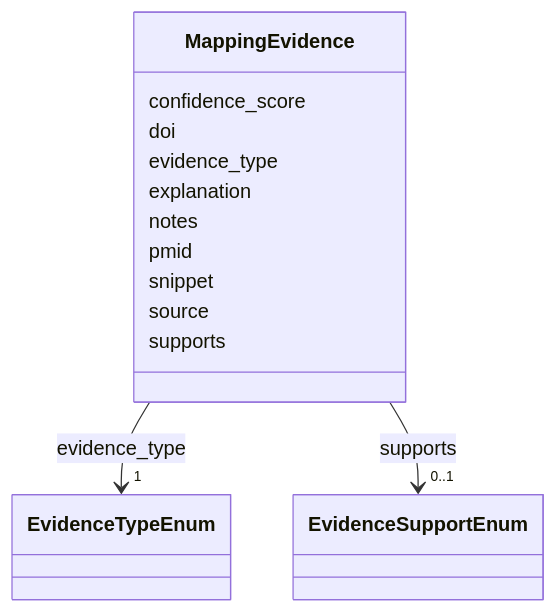
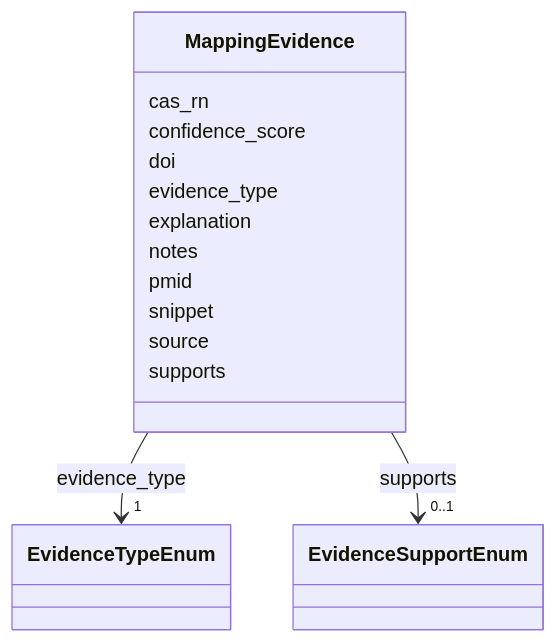
Before and after one commit to CultureBotAI/MediaIngredientMech: the diagram in docs/MappingEvidence.md, drawn with Mermaid. The commit also changed other lines of this file and 112 other files, not shown here.

````diff
--- a/docs/MappingEvidence.md
+++ b/docs/MappingEvidence.md
@@ -18,42 +18,44 @@
 ```mermaid
  classDiagram
     class MappingEvidence
     click MappingEvidence href "../MappingEvidence/"
+      MappingEvidence : cas_rn
+        
       MappingEvidence : confidence_score
         
       MappingEvidence : doi
         
       MappingEvidence : evidence_type
         
           
     
         
         
         MappingEvidence --> "1" EvidenceTypeEnum : evidence_type
         click EvidenceTypeEnum href "../EvidenceTypeEnum/"
     
 
         
       MappingEvidence : explanation
         
       MappingEvidence : notes
         
       MappingEvidence : pmid
         
       MappingEvidence : snippet
         
       MappingEvidence : source
         
       MappingEvidence : supports
         
           
     
         
         
         MappingEvidence --> "0..1" EvidenceSupportEnum : supports
         click EvidenceSupportEnum href "../EvidenceSupportEnum/"
     
 
         
       
 ```
````
